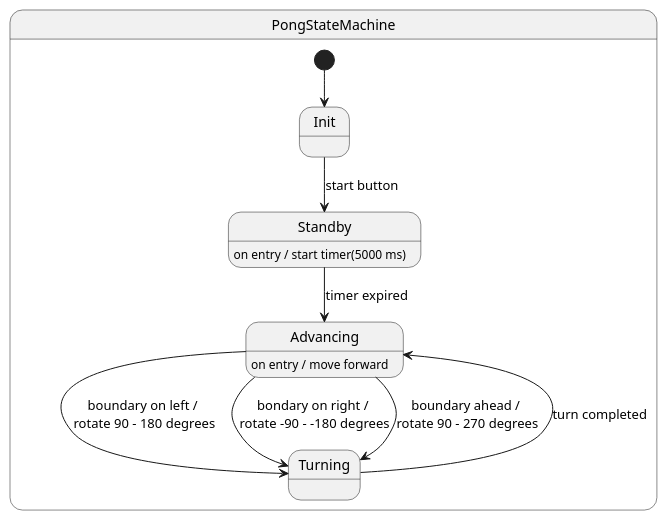
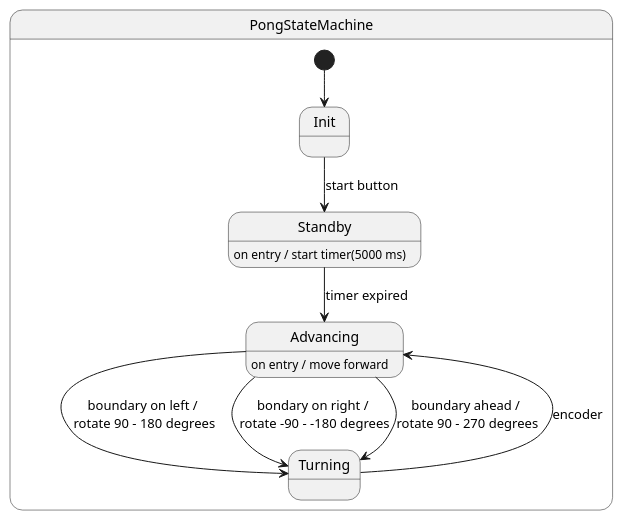
One commit to AndrewWasHere/pongbot changed the diagram in statechart.puml. Above: the diagram before and after it, drawn with PlantUML. The commit also changed 16 other files, not shown here.

```diff
--- a/statechart.puml
+++ b/statechart.puml
@@ -1,13 +1,13 @@
 @startuml
 state PongStateMachine {
     [*] --> Init
     Init --> Standby : start button
     Standby : on entry / start timer(5000 ms)
     Standby --> Advancing : timer expired
     Advancing : on entry / move forward
     Advancing --> Turning : boundary on left / \nrotate 90 - 180 degrees
     Advancing --> Turning : bondary on right / \nrotate -90 - -180 degrees
     Advancing --> Turning : boundary ahead / \nrotate 90 - 270 degrees
-    Turning --> Advancing : turn completed 
+    Turning --> Advancing : encoder
 }
 @enduml
```
